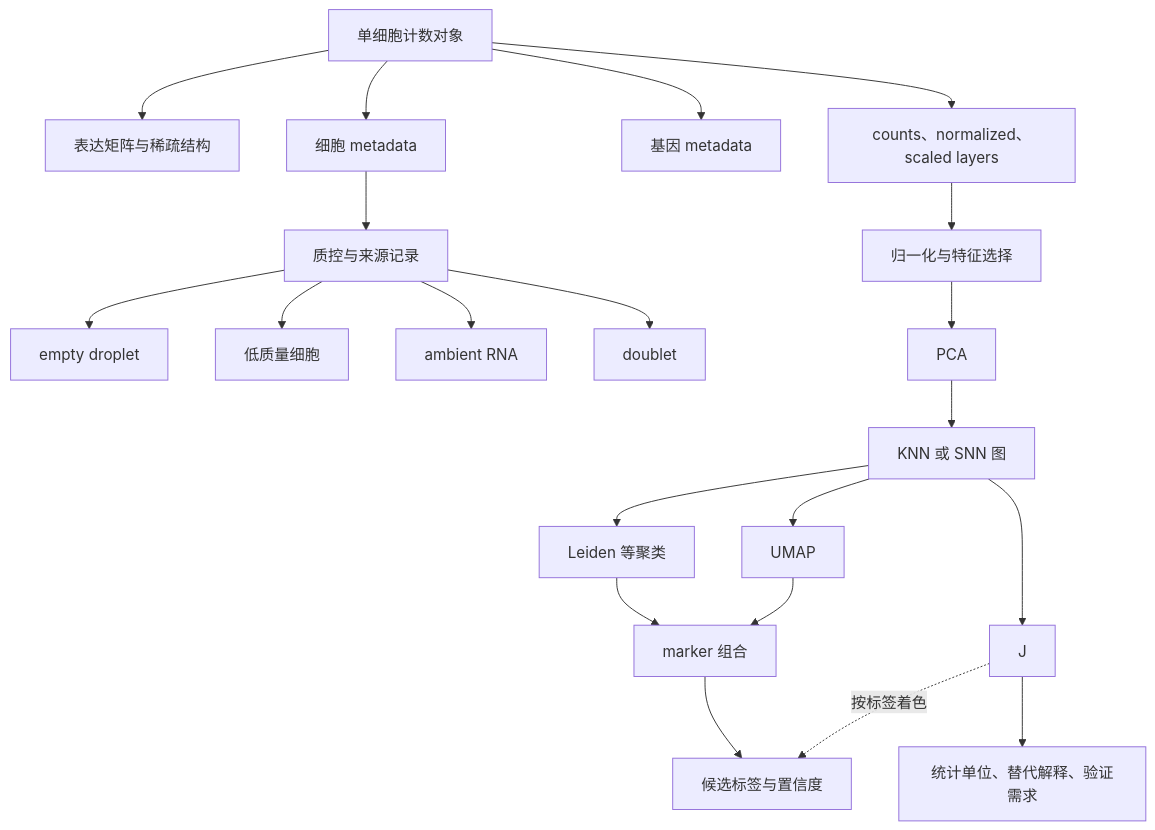
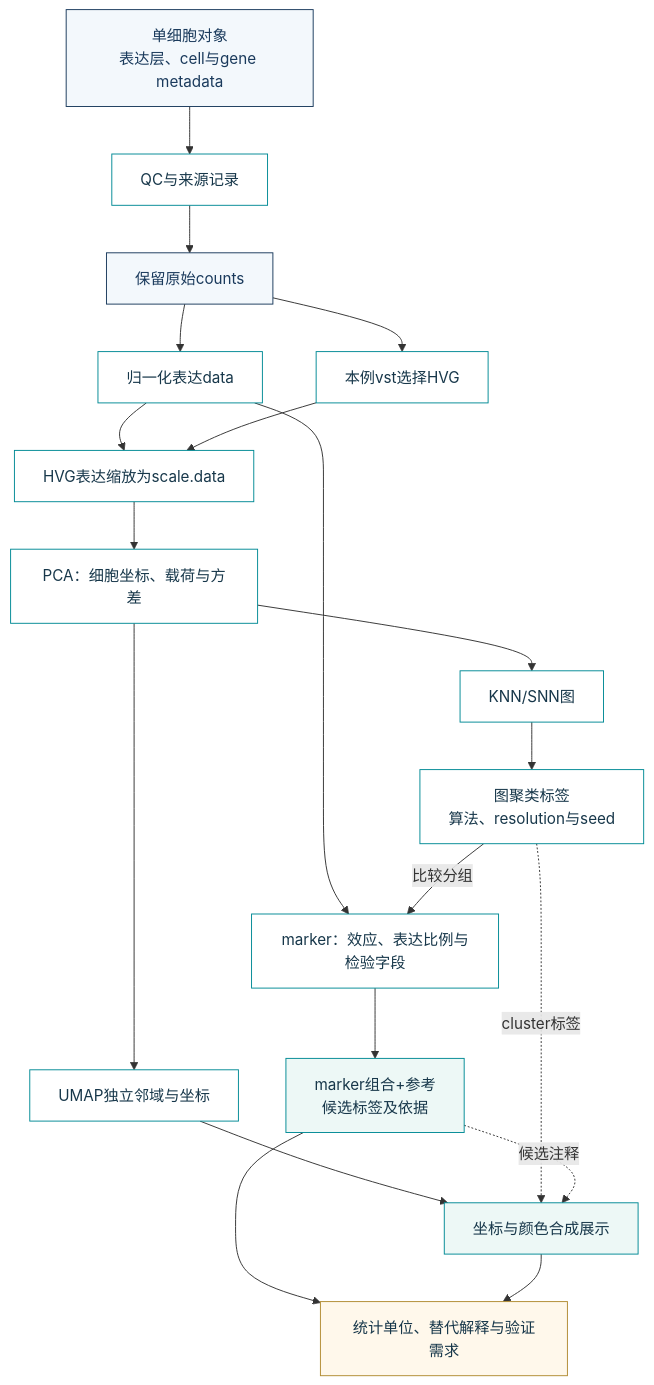
The second of 2 diagrams in docs/chapters/chapter-14/index.md (luvega/AI_MED_DataVis), drawn with Mermaid before and after one commit. The commit also changed other lines of this file and 30 other files, not shown here.

Commit message:
Redraw textbook diagrams and correct data-flow relationships

````diff
--- a/docs/chapters/chapter-14/index.md
+++ b/docs/chapters/chapter-14/index.md
@@ -621,23 +633,30 @@
 ```mermaid
 flowchart TB
-    A["单细胞计数对象"] --> A1["表达矩阵与稀疏结构"]
-    A --> A2["细胞 metadata"]
-    A --> A3["基因 metadata"]
-    A --> A4["counts、normalized、scaled layers"]
-    A2 --> B["质控与来源记录"]
-    B --> B1["empty droplet"]
-    B --> B2["低质量细胞"]
-    B --> B3["ambient RNA"]
-    B --> B4["doublet"]
-    A4 --> C["归一化与特征选择"]
-    C --> D["PCA"]
-    D --> E["KNN 或 SNN 图"]
-    E --> F["Leiden 等聚类"]
-    E --> G["UMAP"]
-    F --> H["marker 组合"]
-    G --> H
-    H --> I["人工与参考注释"]
-    E --> J
-    J -. "按标签着色" .-> I["候选标签与置信度"]
-    J --> K["统计单位、替代解释、验证需求"]
+  O["单细胞对象<br/>表达层、cell与gene metadata"] --> QC["QC与来源记录"]
+  QC --> C["保留原始counts"]
+  C --> N["归一化表达data"]
+  C --> HV["本例vst选择HVG"]
+  N --> SC["HVG表达缩放为scale.data"]
+  HV --> SC
+  SC --> P["PCA：细胞坐标、载荷与方差"]
+  P --> NN["KNN/SNN图"]
+  NN --> CL["图聚类标签<br/>算法、resolution与seed"]
+  P --> U["UMAP独立邻域与坐标"]
+  N --> MK["marker：效应、表达比例与检验字段"]
+  CL -->|比较分组| MK
+  MK --> AN["marker组合+参考<br/>候选标签及依据"]
+  U --> PL["坐标与颜色合成展示"]
+  CL -. "cluster标签" .-> PL
+  AN -. "候选注释" .-> PL
+  AN --> E["统计单位、替代解释与验证需求"]
+  PL --> E
+  class O,C input;
+  class QC,N,HV,SC,P,NN,CL,U,MK process;
+  class AN,PL result;
+  class E review;
+
+  classDef input fill:#F3F8FC,stroke:#1A3A5C,color:#1A3A5C;
+  classDef process fill:#FFFFFF,stroke:#008A95,color:#17374A;
+  classDef result fill:#EDF8F6,stroke:#008A95,color:#17374A;
+  classDef review fill:#FFF8EB,stroke:#B18B31,color:#17374A;
 ```
````
